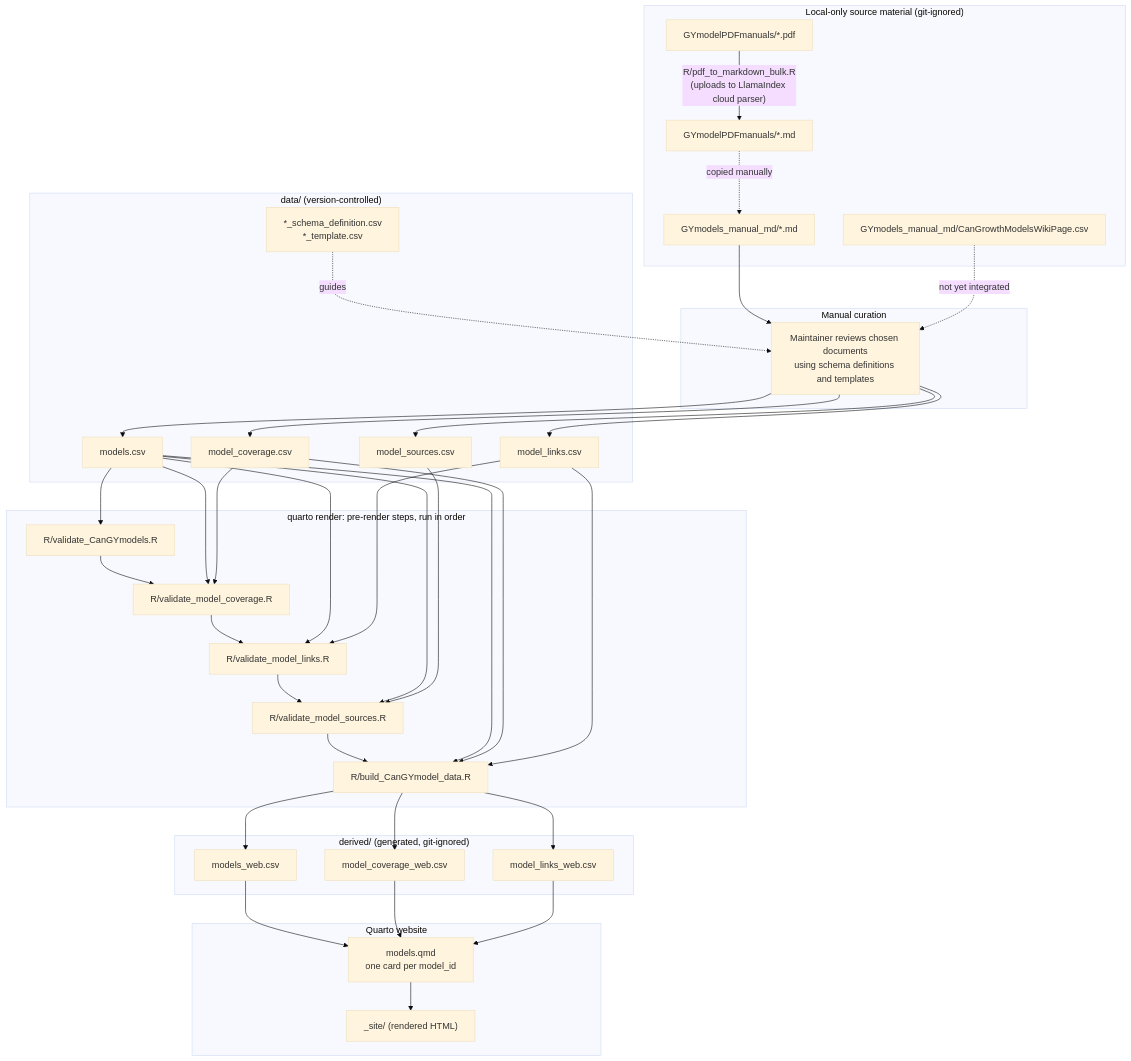
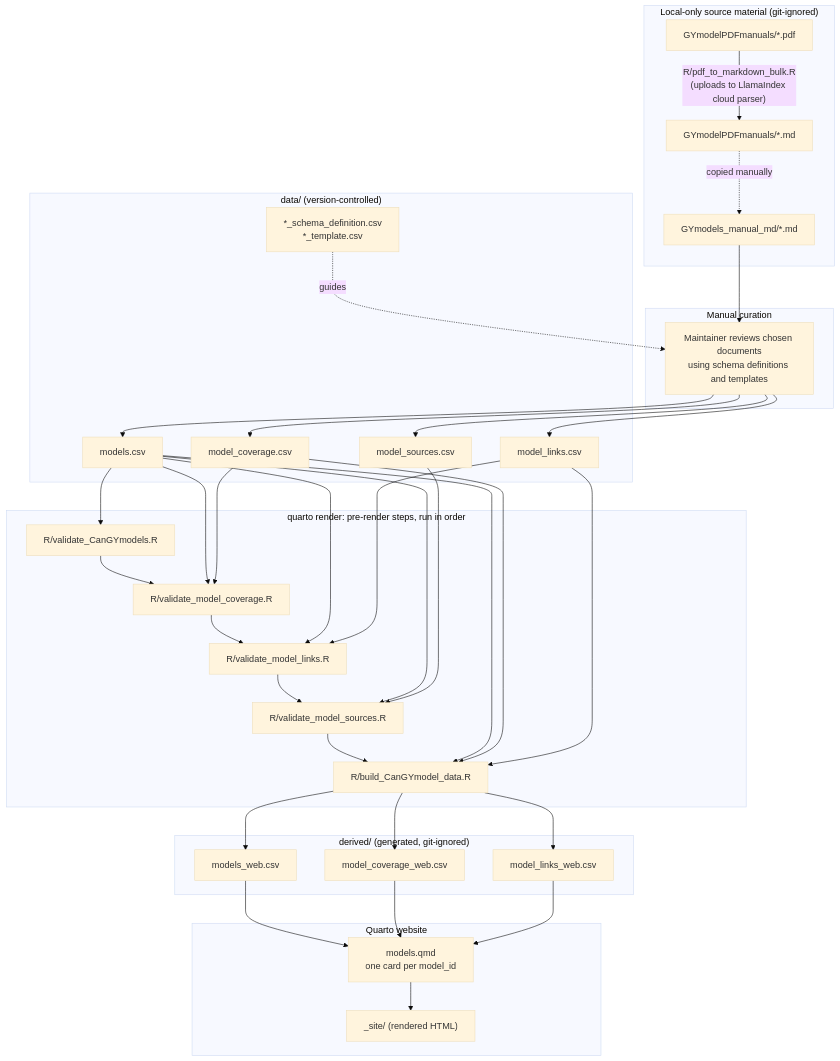
The second of 2 diagrams in docs/data-model-and-pipeline.md (forest-carbon-tools-dfs/CanGrowthModels), drawn with Mermaid (base theme) before and after one commit. The commit also changed other lines of this file and 14 other files, not shown here.

Commit message:
Simplify registry schema and update model metadata

````diff
--- a/docs/data-model-and-pipeline.md
+++ b/docs/data-model-and-pipeline.md
@@ -257,59 +241,57 @@
 ```mermaid
 flowchart TD
     subgraph LOCAL["Local-only source material (git-ignored)"]
         PDF["GYmodelPDFmanuals/*.pdf"]
         PDFMD["GYmodelPDFmanuals/*.md"]
         MD["GYmodels_manual_md/*.md"]
-        WIKI["GYmodels_manual_md/CanGrowthModelsWikiPage.csv"]
     end
 
     PDF -->|"R/pdf_to_markdown_bulk.R<br/>(uploads to LlamaIndex cloud parser)"| PDFMD
     PDFMD -.->|"copied manually"| MD
 
     subgraph CURATE["Manual curation"]
         REVIEW["Maintainer reviews chosen documents<br/>using schema definitions and templates"]
     end
 
     MD --> REVIEW
-    WIKI -.->|"not yet integrated"| REVIEW
 
     subgraph DATA["data/ (version-controlled)"]
         SCHEMA["*_schema_definition.csv<br/>*_template.csv"]
         M["models.csv"]
         C["model_coverage.csv"]
         L["model_links.csv"]
         S["model_sources.csv"]
     end
 
     SCHEMA -.->|"guides"| REVIEW
     REVIEW --> M & C & L & S
 
     subgraph PRE["quarto render: pre-render steps, run in order"]
         V1["R/validate_CanGYmodels.R"]
         V2["R/validate_model_coverage.R"]
         V3["R/validate_model_links.R"]
         V4["R/validate_model_sources.R"]
         B["R/build_CanGYmodel_data.R"]
         V1 --> V2 --> V3 --> V4 --> B
     end
 
     M --> V1 & V2 & V3 & V4 & B
     C --> V2 & B
     L --> V3 & B
     S --> V4
 
     subgraph DERIVED["derived/ (generated, git-ignored)"]
         DM["models_web.csv"]
         DC["model_coverage_web.csv"]
         DL["model_links_web.csv"]
     end
 
     B --> DM & DC & DL
 
     subgraph SITE["Quarto website"]
         Q["models.qmd<br/>one card per model_id"]
         OUT["_site/ (rendered HTML)"]
     end
 
     DM & DC & DL --> Q --> OUT
 ```
````
